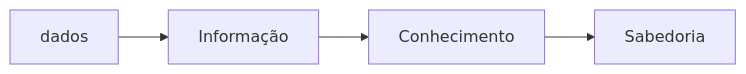
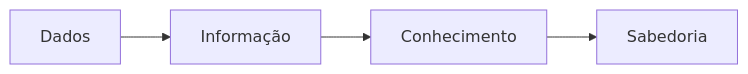
Before and after one commit to Igorino/joplin-notes: the third of 3 diagrams in Mestrado/Segundo Semestre/SIN5033 - Grafos de conhecimento e Ontologias/Aula 1/1 Conceitos basicos.md, drawn with Mermaid.

Commit message:
Exported on 2026-04-05_19-47-59

````diff
--- a/Mestrado/Segundo Semestre/SIN5033 - Grafos de conhecimento e Ontologias/Aula 1/1 Conceitos basicos.md
+++ b/Mestrado/Segundo Semestre/SIN5033 - Grafos de conhecimento e Ontologias/Aula 1/1 Conceitos basicos.md
@@ -63,4 +63,4 @@
 ```mermaid
 graph LR
-	A[dados] --> Informação --> Conhecimento --> Sabedoria
+	Dados --> Informação --> Conhecimento --> Sabedoria
 ```
````
